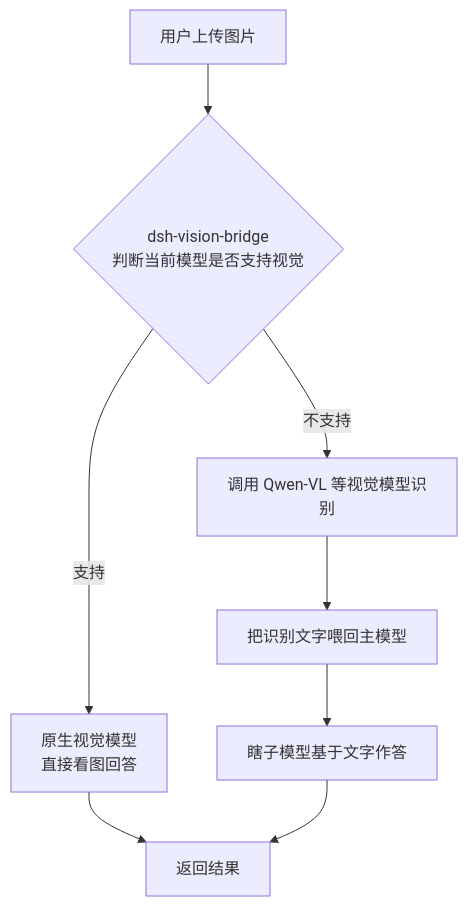
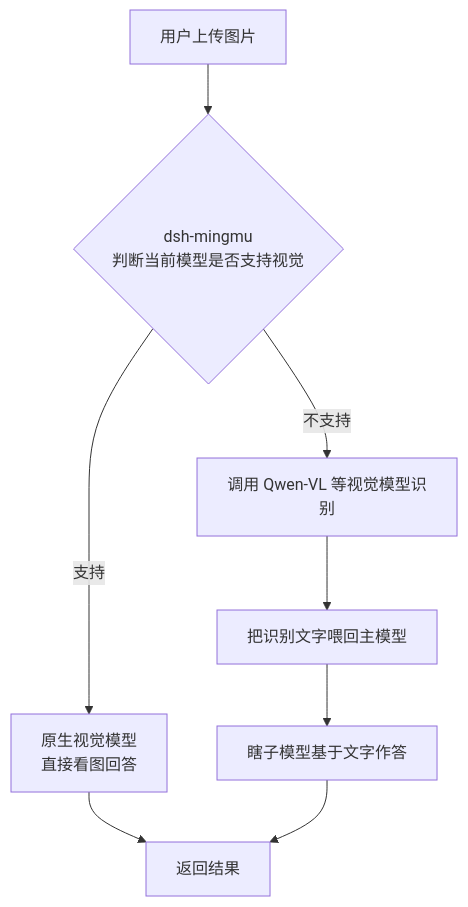
One commit to Lab-sku/dsh-mingmu changed the diagram in README.md. Above: the diagram before and after it, drawn with Mermaid. The commit also changed other lines of this file and 3 other files, not shown here.

Commit message:
rebrand: rename package and repo from dsh-vision-bridge to dsh-mingmu

````diff
--- a/README.md
+++ b/README.md
@@ -162,10 +162,10 @@
 ```mermaid
 flowchart TD
-    A[用户上传图片] --> B{dsh-vision-bridge<br/>判断当前模型是否支持视觉}
+    A[用户上传图片] --> B{dsh-mingmu<br/>判断当前模型是否支持视觉}
     B -->|支持| C[原生视觉模型<br/>直接看图回答]
     B -->|不支持| D[调用 Qwen-VL 等视觉模型识别]
     D --> E[把识别文字喂回主模型]
     E --> F[瞎子模型基于文字作答]
     C --> G[返回结果]
     F --> G
 ```
````
